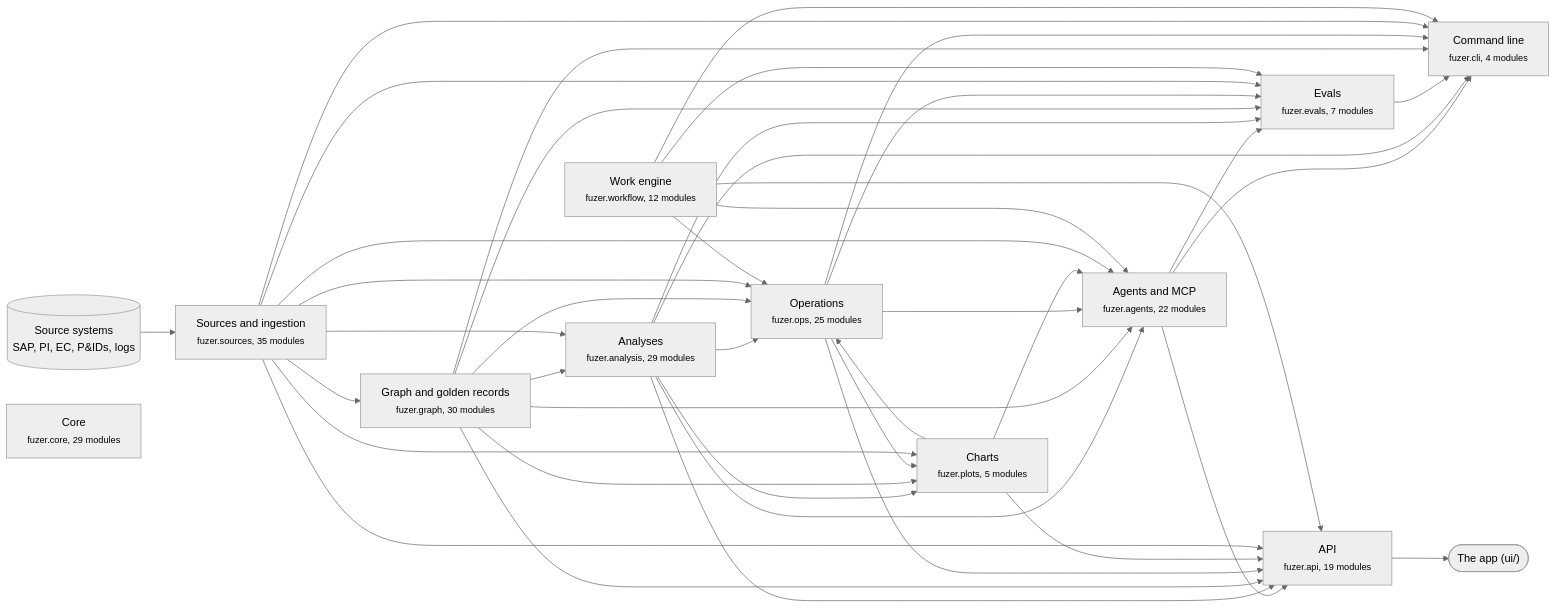
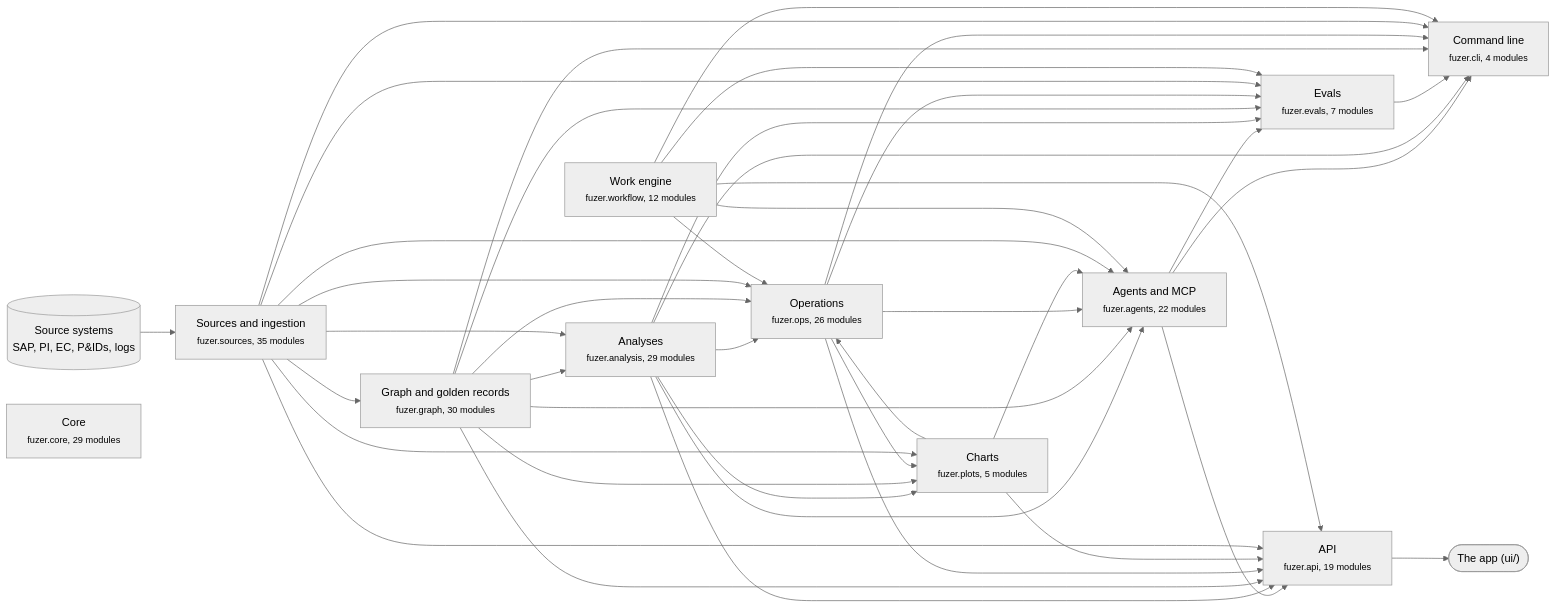
One commit to areed145/fuzer changed the first of 3 diagrams in docs/architecture.md. Above: the diagram before and after it, drawn with Mermaid (neutral theme). The commit also changed other lines of this file and 25 other files, not shown here.

````diff
--- a/docs/architecture.md
+++ b/docs/architecture.md
@@ -8,66 +8,66 @@
 ```mermaid
 flowchart LR
   systems[("Source systems<br>SAP, PI, EC, P&IDs, logs")] --> c_sources
   app(["The app (ui/)"])
   c_api --> app
   c_sources["Sources and ingestion<br><small>fuzer.sources, 35 modules</small>"]
   c_graph["Graph and golden records<br><small>fuzer.graph, 30 modules</small>"]
   c_analysis["Analyses<br><small>fuzer.analysis, 29 modules</small>"]
-  c_ops["Operations<br><small>fuzer.ops, 25 modules</small>"]
+  c_ops["Operations<br><small>fuzer.ops, 26 modules</small>"]
   c_plots["Charts<br><small>fuzer.plots, 5 modules</small>"]
   c_workflow["Work engine<br><small>fuzer.workflow, 12 modules</small>"]
   c_agents["Agents and MCP<br><small>fuzer.agents, 22 modules</small>"]
   c_evals["Evals<br><small>fuzer.evals, 7 modules</small>"]
   c_api["API<br><small>fuzer.api, 19 modules</small>"]
   c_cli["Command line<br><small>fuzer.cli, 4 modules</small>"]
   c_core["Core<br><small>fuzer.core, 29 modules</small>"]
   c_sources --> c_graph
   c_graph --> c_analysis
   c_sources --> c_analysis
   c_analysis --> c_ops
   c_graph --> c_ops
   c_plots --> c_ops
   c_sources --> c_ops
   c_workflow --> c_ops
   c_analysis --> c_plots
   c_graph --> c_plots
   c_ops --> c_plots
   c_sources --> c_plots
   c_analysis --> c_agents
   c_graph --> c_agents
   c_ops --> c_agents
   c_plots --> c_agents
   c_sources --> c_agents
   c_workflow --> c_agents
   c_agents --> c_evals
   c_analysis --> c_evals
   c_graph --> c_evals
   c_ops --> c_evals
   c_sources --> c_evals
   c_workflow --> c_evals
   c_agents --> c_api
   c_analysis --> c_api
   c_graph --> c_api
   c_ops --> c_api
   c_plots --> c_api
   c_sources --> c_api
   c_workflow --> c_api
   c_agents --> c_cli
   c_analysis --> c_cli
   c_evals --> c_cli
   c_graph --> c_cli
   c_ops --> c_cli
   c_sources --> c_cli
   c_workflow --> c_cli
   click c_sources "https://github.com/areed145/fuzer/tree/main/src/fuzer/sources"
   click c_graph "https://github.com/areed145/fuzer/tree/main/src/fuzer/graph"
   click c_analysis "https://github.com/areed145/fuzer/tree/main/src/fuzer/analysis"
   click c_ops "https://github.com/areed145/fuzer/tree/main/src/fuzer/ops"
   click c_plots "https://github.com/areed145/fuzer/tree/main/src/fuzer/plots"
   click c_workflow "https://github.com/areed145/fuzer/tree/main/src/fuzer/workflow"
   click c_agents "https://github.com/areed145/fuzer/tree/main/src/fuzer/agents"
   click c_evals "https://github.com/areed145/fuzer/tree/main/src/fuzer/evals"
   click c_api "https://github.com/areed145/fuzer/tree/main/src/fuzer/api"
   click c_cli "https://github.com/areed145/fuzer/tree/main/src/fuzer/cli"
   click c_core "https://github.com/areed145/fuzer/tree/main/src/fuzer/core"
 ```
````
